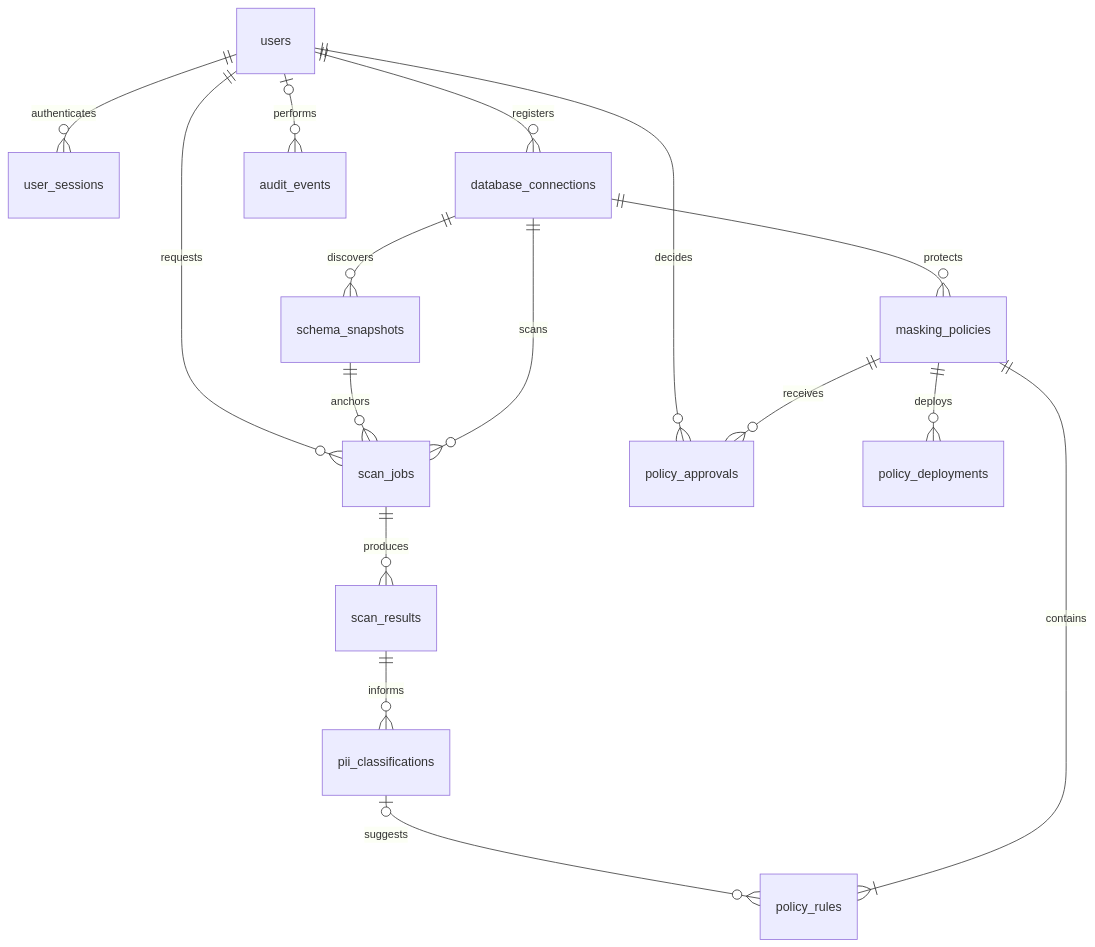
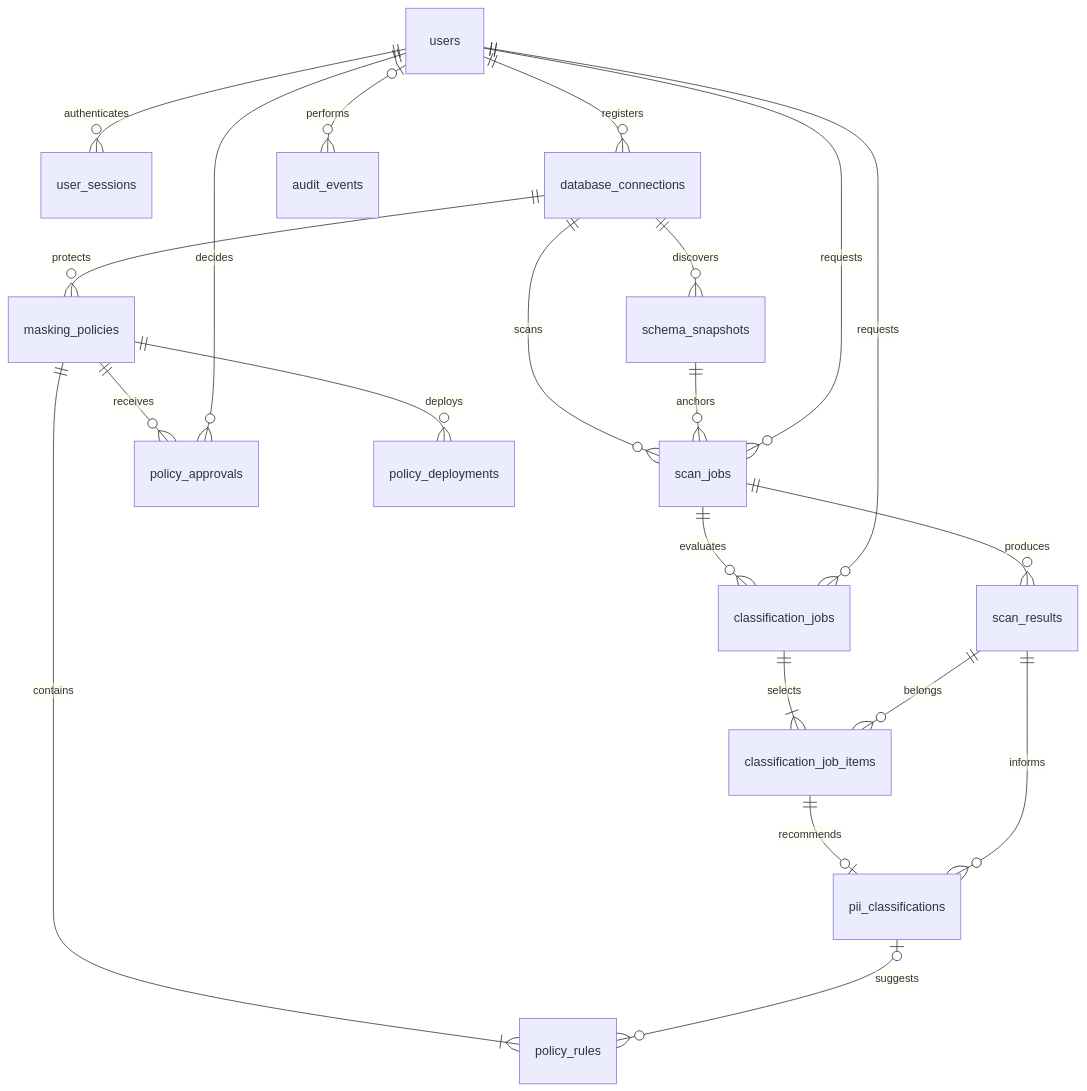
The diagram in docs/database-design.md (Taarunkarthik/PRIVACY-SHIELD), drawn with Mermaid before and after one commit. The commit also changed other lines of this file and 42 other files, not shown here.

````diff
--- a/docs/database-design.md
+++ b/docs/database-design.md
@@ -7,18 +7,23 @@
 ```mermaid
 erDiagram
     users ||--o{ user_sessions : authenticates
     users ||--o{ database_connections : registers
     database_connections ||--o{ schema_snapshots : discovers
     database_connections ||--o{ scan_jobs : scans
     schema_snapshots ||--o{ scan_jobs : anchors
     users ||--o{ scan_jobs : requests
     scan_jobs ||--o{ scan_results : produces
+    scan_jobs ||--o{ classification_jobs : evaluates
+    users ||--o{ classification_jobs : requests
+    classification_jobs ||--|{ classification_job_items : selects
+    scan_results ||--o{ classification_job_items : belongs
+    classification_job_items ||--o| pii_classifications : recommends
     scan_results ||--o{ pii_classifications : informs
     database_connections ||--o{ masking_policies : protects
     masking_policies ||--|{ policy_rules : contains
     pii_classifications o|--o{ policy_rules : suggests
     masking_policies ||--o{ policy_approvals : receives
     users ||--o{ policy_approvals : decides
     masking_policies ||--o{ policy_deployments : deploys
     users o|--o{ audit_events : performs
 ```
````
